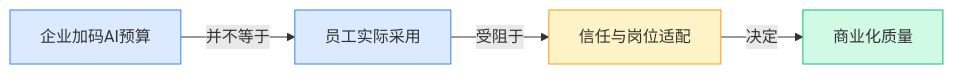
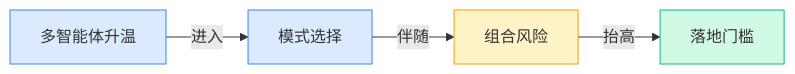
One commit to ylzsdafei/ai-daily-site changed the third of 8 diagrams in content/cn/blog/weekly/2026-W16.md. Above: the diagram before and after it, drawn with Mermaid. The commit also changed other lines of this file and 1 other file, not shown here.

````diff
--- a/content/cn/blog/weekly/2026-W16.md
+++ b/content/cn/blog/weekly/2026-W16.md
@@ -83,12 +85,12 @@
 ```mermaid
 graph LR
-A[企业加码AI预算] -->|并不等于| B[员工实际采用]
-B -->|受阻于| C[信任与岗位适配]
-C -->|决定| D[商业化质量]
+A[多智能体升温] -->|进入| B[模式选择]
+B -->|伴随| C[组合风险]
+C -->|抬高| D[落地门槛]
 classDef blue fill:#dbeafe,stroke:#3b82f6
 classDef yellow fill:#fef3c7,stroke:#f59e0b
 classDef green fill:#d1fae5,stroke:#10b981
 class A,B blue
 class C yellow
 class D green
 ```
````
